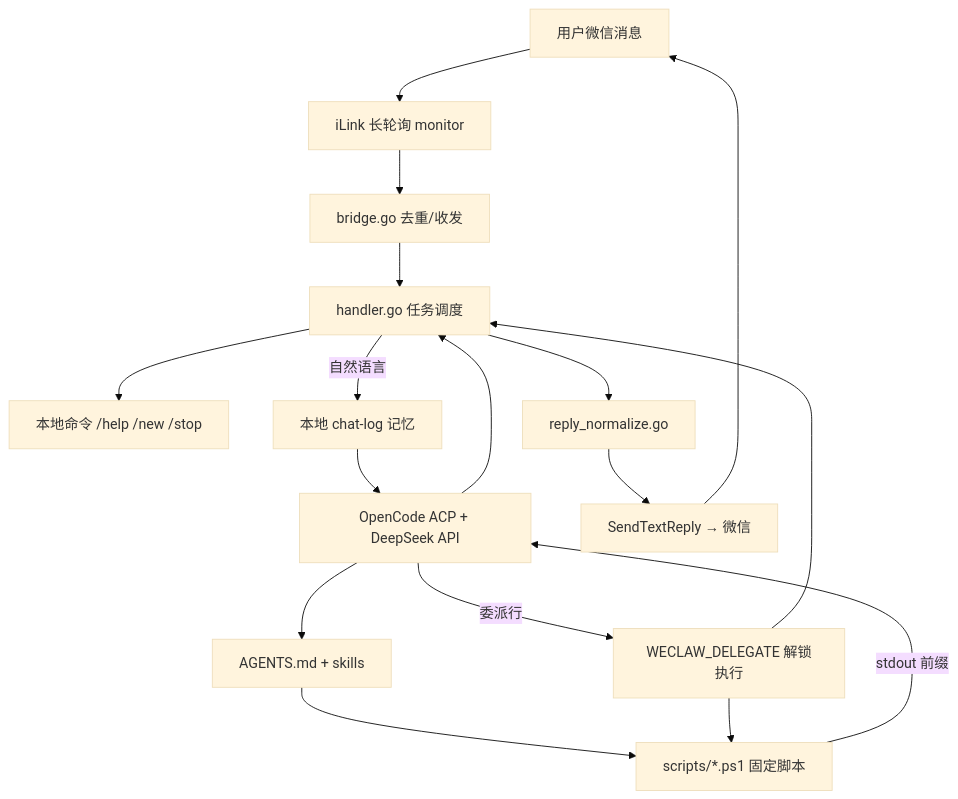
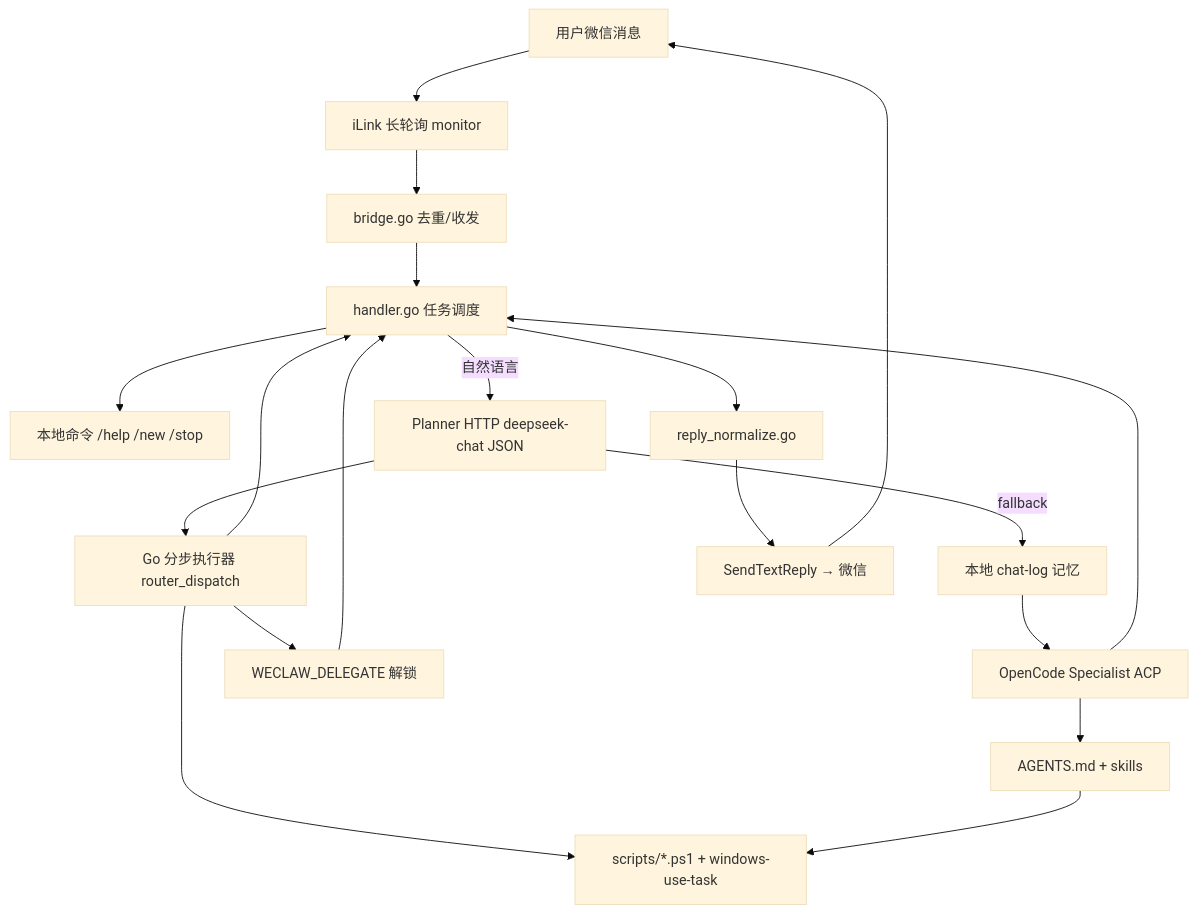
One commit to leehu546-cyber/wechat-pc-remote changed the first of 2 diagrams in docs/架构说明.md. Above: the diagram before and after it, drawn with Mermaid (base theme). The commit also changed other lines of this file and 7 other files, not shown here.

First line of the commit message:
Add Planner orchestration with Windows-Use GUI worker for WeChat.

````diff
--- a/docs/架构说明.md
+++ b/docs/架构说明.md
@@ -11,25 +11,30 @@
 ```mermaid
 flowchart TB
     WX[用户微信消息]
     IL[iLink 长轮询 monitor]
     BR[bridge.go 去重/收发]
     H[handler.go 任务调度]
     CMD[本地命令 /help /new /stop]
     MEM[本地 chat-log 记忆]
-    ACP[OpenCode ACP + DeepSeek API]
+    PL[Planner HTTP deepseek-chat JSON]
+    RUN[Go 分步执行器 router_dispatch]
+    PS[scripts/*.ps1 + windows-use-task]
+    ACP[OpenCode Specialist ACP]
     SK[AGENTS.md + skills]
-    PS[scripts/*.ps1 固定脚本]
-    DEL[WECLAW_DELEGATE 解锁执行]
+    DEL[WECLAW_DELEGATE 解锁]
     NORM[reply_normalize.go]
     SEND[SendTextReply → 微信]
 
     WX --> IL --> BR --> H
     H --> CMD
-    H -->|自然语言| MEM --> ACP
+    H -->|自然语言| PL
+    PL --> RUN
+    RUN --> PS
+    RUN --> DEL
+    PL -->|fallback| MEM --> ACP
     ACP --> SK --> PS
-    PS -->|stdout 前缀| ACP
-    ACP -->|委派行| DEL --> PS
+    RUN --> H
     ACP --> H
     DEL --> H
     H --> NORM --> SEND --> WX
 ```
````
